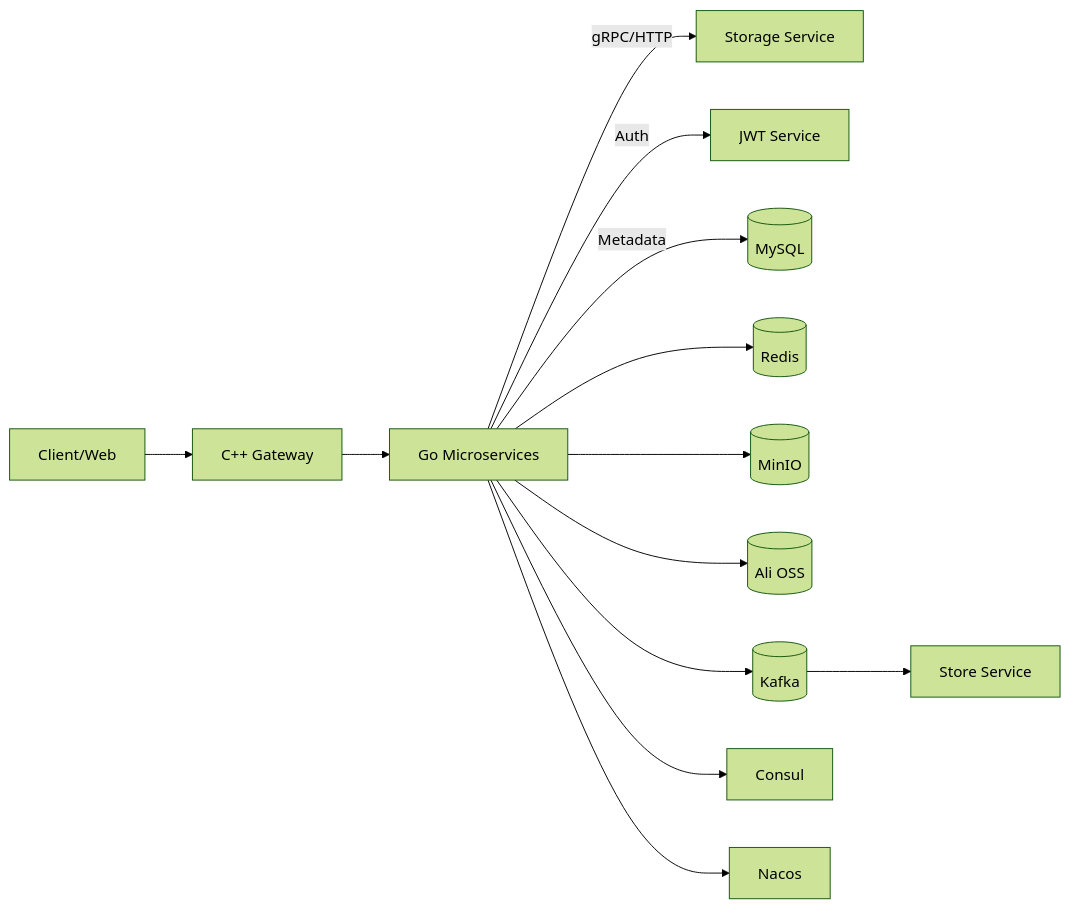
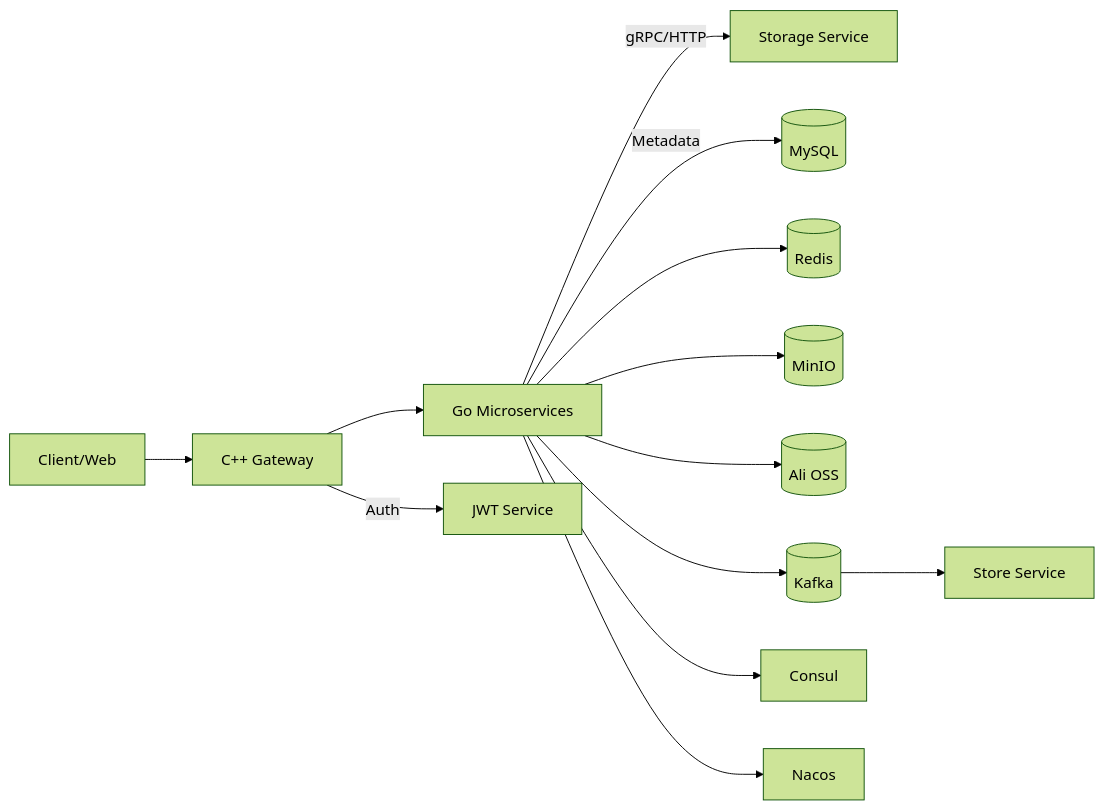
One commit to lhq12344/clouddisk_v2 changed the diagram in README.md. Above: the diagram before and after it, drawn with Mermaid (forest theme).

````diff
--- a/README.md
+++ b/README.md
@@ -36,15 +36,15 @@
 ```mermaid
 flowchart LR
   Client[Client/Web] --> Gateway[C++ Gateway]
   Gateway --> Services[Go Microservices]
   Services -->|gRPC/HTTP| Storage[Storage Service]
-  Services -->|Auth| JWT[JWT Service]
+  Gateway -->|Auth| JWT[JWT Service]
   Services -->|Metadata| MySQL[(MySQL)]
   Services --> Redis[(Redis)]
   Services --> MinIO[(MinIO)]
   Services --> OSS[(Ali OSS)]
   Services --> Kafka[(Kafka)]
   Kafka --> StoreSrv[Store Service]
   Services --> Consul[Consul]
   Services --> Nacos[Nacos]
 ```
````
